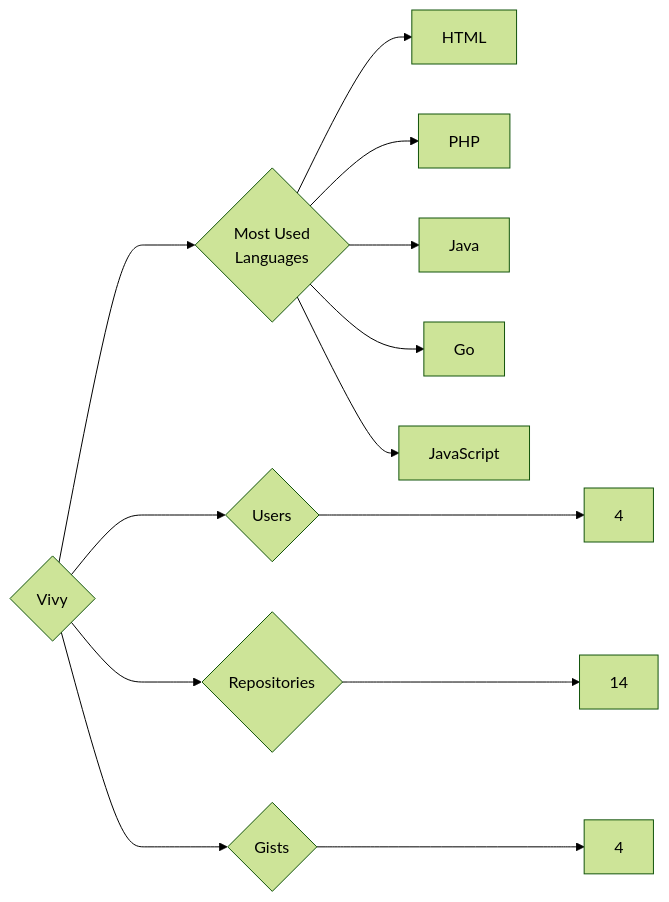
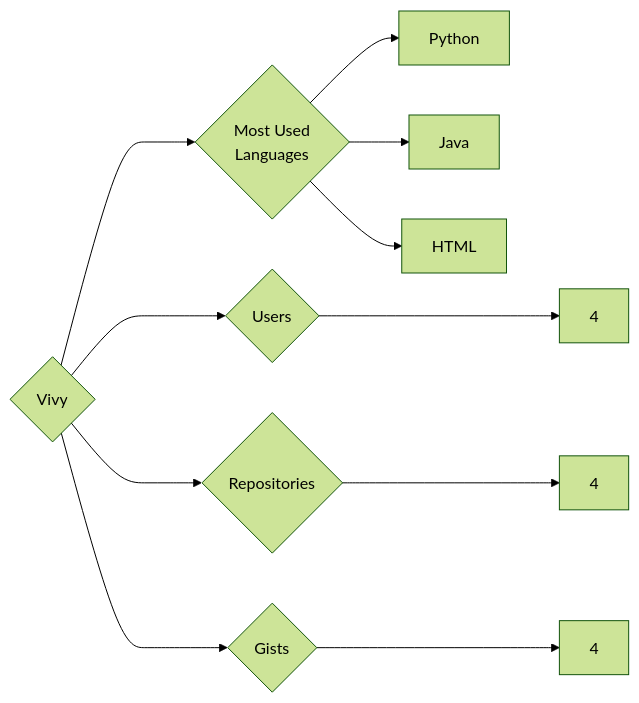
The diagram in targets/Vivy/README.md (trickest/insiders), drawn with Mermaid (forest theme) before and after one commit. The commit also changed 995 other files, not shown here.

````diff
--- a/targets/Vivy/README.md
+++ b/targets/Vivy/README.md
@@ -3,13 +3,11 @@
 ```mermaid
 graph LR
 COMPANY_NAME{Vivy}
 COMPANY_NAME ---> U{Users} ---> UN[4]
-COMPANY_NAME ---> R{Repositories} ---> RN[14]
+COMPANY_NAME ---> R{Repositories} ---> RN[4]
 COMPANY_NAME ---> G{Gists} ---> GN[4]
 COMPANY_NAME ---> ML{Most Used<br>Languages}
+ML --> Python[Python]
+ML --> Java[Java]
 ML --> HTML[HTML]
-ML --> PHP[PHP]
-ML --> Java[Java]
-ML --> Go[Go]
-ML --> JavaScript[JavaScript]
 ```
````
